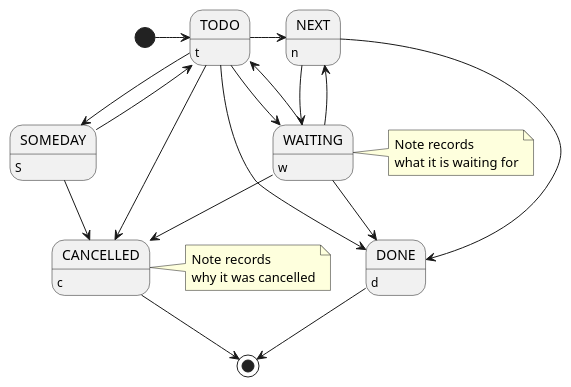
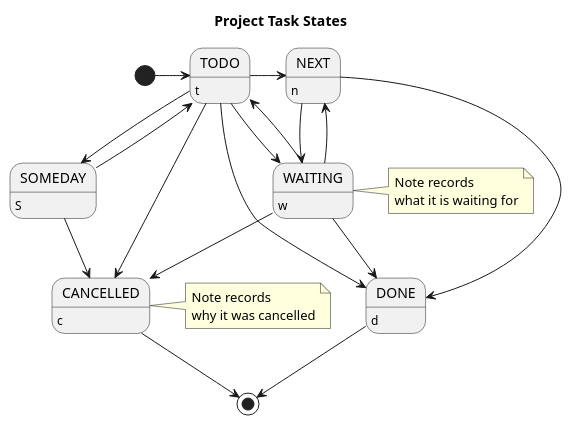
The second of 9 diagrams in org-mode.org (byronsanchez/org-mode-doc), drawn with PlantUML before and after one commit. The commit also changed other lines of this file, not shown here.

Commit message:
Fix double arrow from TODO -> DONE and add titles to task state diagrams

```diff
--- a/org-mode.org
+++ b/org-mode.org
@@ -437,33 +437,34 @@
 #+begin_src plantuml :file task_states.png
+title Project Task States
 [*] -> TODO
 TODO -> NEXT
 NEXT -> DONE
 DONE -> [*]
 TODO --> WAITING
 SOMEDAY --> CANCELLED
 SOMEDAY --> TODO
 NEXT --> WAITING
 WAITING --> NEXT
 WAITING --> TODO
 WAITING --> CANCELLED
 TODO --> DONE
 CANCELLED --> [*]
 TODO --> SOMEDAY
 TODO --> CANCELLED
 '[*] --> PHONE
 'PHONE --> [*]
 '[*] --> OPEN
 'OPEN --> CLOSED
 'CLOSED --> [*]
 TODO: t
 NEXT: n
 DONE: d
 WAITING:w
 note right of WAITING: Note records\nwhat it is waiting for
 SOMEDAY:S
 note right of CANCELLED: Note records\nwhy it was cancelled
 CANCELLED:c
 'OPEN:O
 'CLOSED:C
 WAITING --> DONE
 #+end_src
```
